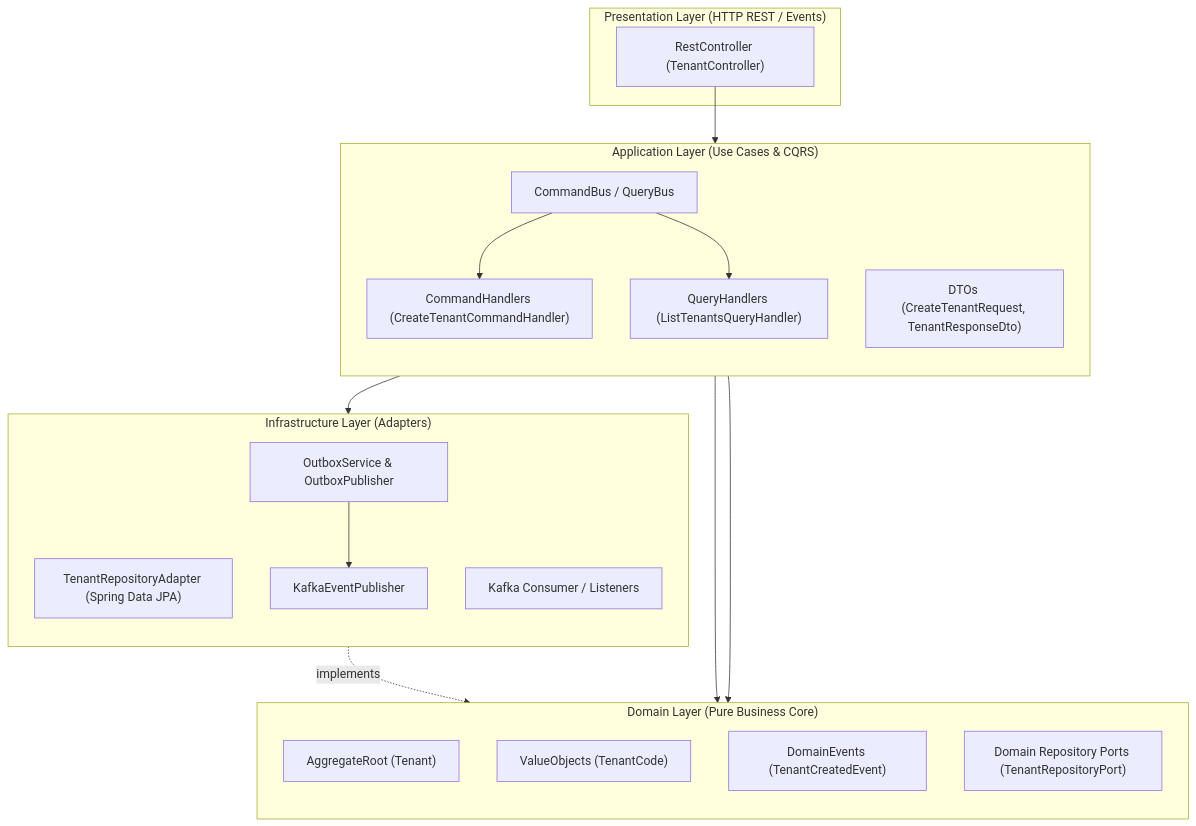
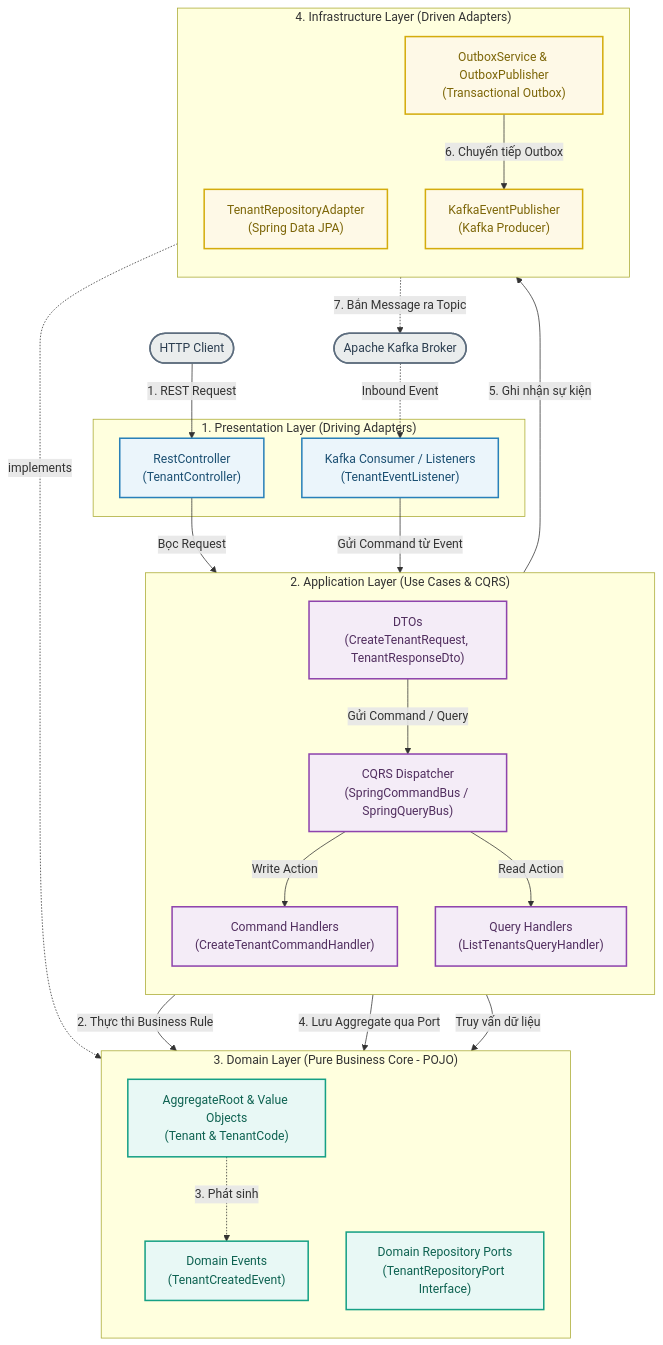
One commit to NDQuynh259/vishop-platform changed the first of 2 diagrams in docs/architecture/architecture.md. Above: the diagram before and after it, drawn with Mermaid. The commit also changed other lines of this file and 19 other files, not shown here.

Commit message:
docs: add architecture and tiktok integration documentation

````diff
--- a/docs/architecture/architecture.md
+++ b/docs/architecture/architecture.md
@@ -39,39 +39,77 @@
 ```mermaid
 flowchart TD
-    subgraph Presentation["Presentation Layer (HTTP REST / Events)"]
-        Controller["RestController (TenantController)"]
+    %% ==========================================
+    %% 1. PRESENTATION LAYER
+    %% ==========================================
+    subgraph Presentation["1. Presentation Layer (Driving Adapters)"]
+        Controller["RestController\n(TenantController)"]
+        KafkaSub["Kafka Consumer / Listeners\n(TenantEventListener)"]
     end
 
-    subgraph Application["Application Layer (Use Cases & CQRS)"]
+    %% ==========================================
+    %% 2. APPLICATION LAYER
+    %% ==========================================
+    subgraph Application["2. Application Layer (Use Cases & CQRS)"]
         direction TB
-        CommandBus["CommandBus / QueryBus"]
-        CmdHandler["CommandHandlers (CreateTenantCommandHandler)"]
-        QryHandler["QueryHandlers (ListTenantsQueryHandler)"]
-        DTOs["DTOs (CreateTenantRequest, TenantResponseDto)"]
+        DTOs["DTOs\n(CreateTenantRequest, TenantResponseDto)"]
+        CommandBus["CQRS Dispatcher\n(SpringCommandBus / SpringQueryBus)"]
+        CmdHandler["Command Handlers\n(CreateTenantCommandHandler)"]
+        QryHandler["Query Handlers\n(ListTenantsQueryHandler)"]
     end
 
-    subgraph Domain["Domain Layer (Pure Business Core)"]
+    %% ==========================================
+    %% 3. DOMAIN LAYER
+    %% ==========================================
+    subgraph Domain["3. Domain Layer (Pure Business Core - POJO)"]
         direction TB
-        Aggregate["AggregateRoot (Tenant)"]
-        VO["ValueObjects (TenantCode)"]
-        DomainEvents["DomainEvents (TenantCreatedEvent)"]
-        Ports["Domain Repository Ports (TenantRepositoryPort)"]
+        Aggregate["AggregateRoot & Value Objects\n(Tenant & TenantCode)"]
+        DomainEvents["Domain Events\n(TenantCreatedEvent)"]
+        Ports["Domain Repository Ports\n(TenantRepositoryPort Interface)"]
     end
 
-    subgraph Infrastructure["Infrastructure Layer (Adapters)"]
+    %% ==========================================
+    %% 4. INFRASTRUCTURE LAYER
+    %% ==========================================
+    subgraph Infrastructure["4. Infrastructure Layer (Driven Adapters)"]
         direction TB
-        RepoAdapter["TenantRepositoryAdapter (Spring Data JPA)"]
-        OutboxRelay["OutboxService & OutboxPublisher"]
-        KafkaPub["KafkaEventPublisher"]
-        KafkaSub["Kafka Consumer / Listeners"]
+        RepoAdapter["TenantRepositoryAdapter\n(Spring Data JPA)"]
+        OutboxRelay["OutboxService & OutboxPublisher\n(Transactional Outbox)"]
+        KafkaPub["KafkaEventPublisher\n(Kafka Producer)"]
     end
 
-    Controller --> CommandBus
-    CommandBus --> CmdHandler
-    CommandBus --> QryHandler
-    CmdHandler --> Ports
-    CmdHandler --> Aggregate
-    CmdHandler --> OutboxRelay
+    %% --- External Triggers ---
+    Client([HTTP Client]) -->|1. REST Request| Controller
+    KafkaBroker([Apache Kafka Broker]) -.->|Inbound Event| KafkaSub
+
+    %% --- Presentation to Application ---
+    Controller -->|Bọc Request| DTOs
+    DTOs -->|Gửi Command / Query| CommandBus
+    KafkaSub -->|Gửi Command từ Event| CommandBus
+    CommandBus -->|Write Action| CmdHandler
+    CommandBus -->|Read Action| QryHandler
+
+    %% --- Application to Domain & Persistence ---
+    CmdHandler -->|2. Thực thi Business Rule| Aggregate
+    Aggregate -.->|3. Phát sinh| DomainEvents
+    CmdHandler -->|4. Lưu Aggregate qua Port| Ports
+    CmdHandler -->|5. Ghi nhận sự kiện| OutboxRelay
+    QryHandler -->|Truy vấn dữ liệu| Ports
+
+    %% --- Infrastructure Implementations ---
     RepoAdapter -.->|implements| Ports
-    OutboxRelay --> KafkaPub
+    OutboxRelay -->|6. Chuyển tiếp Outbox| KafkaPub
+    KafkaPub -.->|7. Bắn Message ra Topic| KafkaBroker
+
+    %% --- Styling & Color Themes ---
+    classDef pres fill:#EBF5FB,stroke:#2980B9,stroke-width:2px,color:#1B4F72;
+    classDef app fill:#F4ECF7,stroke:#8E44AD,stroke-width:2px,color:#512E5F;
+    classDef domain fill:#E8F8F5,stroke:#16A085,stroke-width:2px,color:#0E6251;
+    classDef infra fill:#FEF9E7,stroke:#D4AC0D,stroke-width:2px,color:#7D6608;
+    classDef ext fill:#EAEDED,stroke:#5D6D7E,stroke-width:2px,color:#2C3E50;
+
+    class Controller,KafkaSub pres;
+    class DTOs,CommandBus,CmdHandler,QryHandler app;
+    class Aggregate,DomainEvents,Ports domain;
+    class RepoAdapter,OutboxRelay,KafkaPub infra;
+    class Client,KafkaBroker ext;
 ```
````
